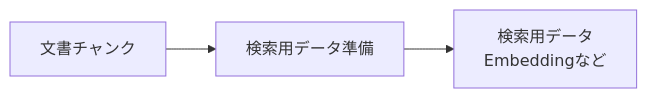
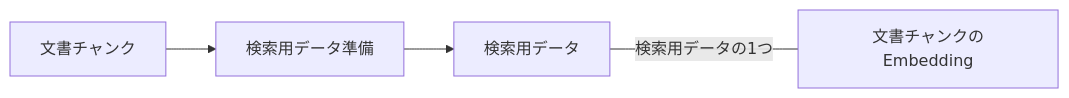
Before and after one commit to takashit16833/RAGScope: the diagram in project-docs/design/domains/documents/検索用データ準備設計.md, drawn with Mermaid. The commit also changed other lines of this file and 4 other files, not shown here.

````diff
--- a/project-docs/design/domains/documents/検索用データ準備設計.md
+++ b/project-docs/design/domains/documents/検索用データ準備設計.md
@@ -10,8 +10,10 @@
 ```mermaid
 flowchart LR
     Chunk["文書チャンク"]
     Prepare["検索用データ準備"]
-    SearchData["検索用データ<br/>Embeddingなど"]
+    SearchData["検索用データ"]
+    Embedding["文書チャンクのEmbedding"]
 
     Chunk --> Prepare --> SearchData
+    SearchData ---|"検索用データの1つ"| Embedding
 ```
````
